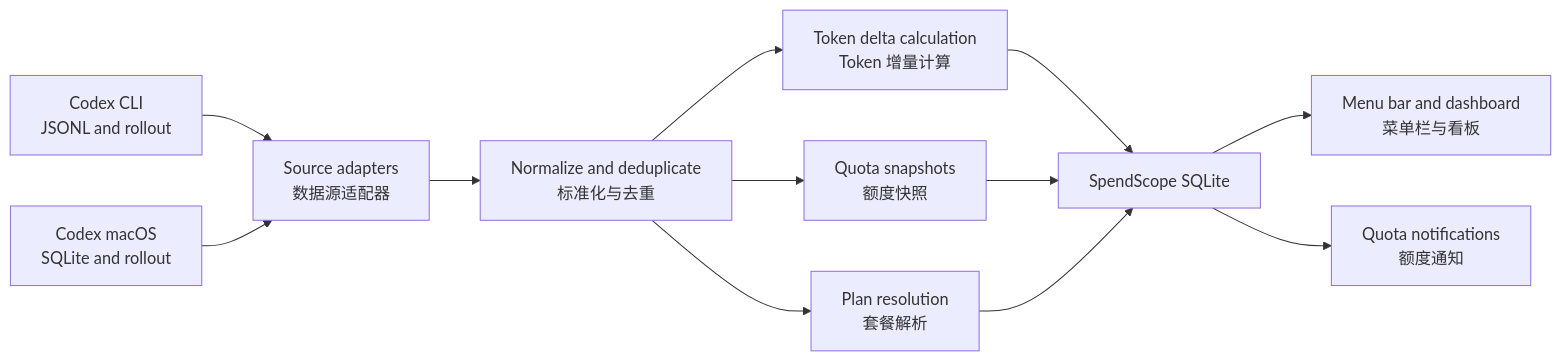
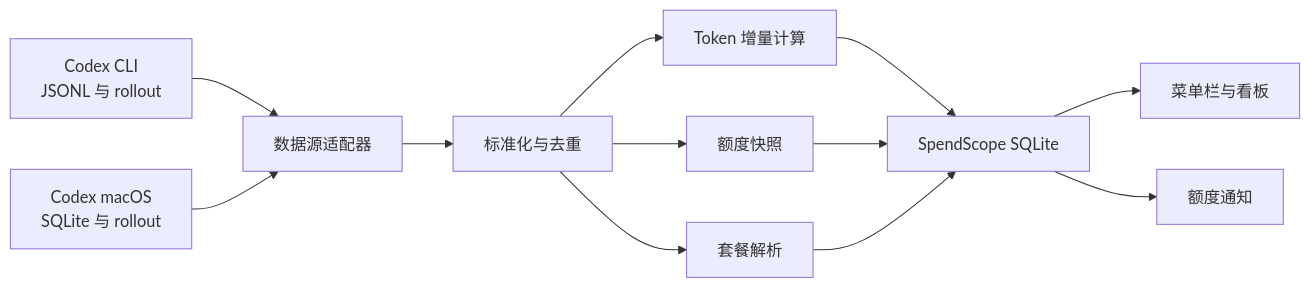
One commit to ychp/SpendScope changed the diagram in docs/superpowers/specs/2026-07-10-spendscope-mvp-design.md. Above: the diagram before and after it, drawn with Mermaid. The commit also changed other lines of this file, not shown here.

````diff
--- a/docs/superpowers/specs/2026-07-10-spendscope-mvp-design.md
+++ b/docs/superpowers/specs/2026-07-10-spendscope-mvp-design.md
@@ -168,14 +103,14 @@
 ```mermaid
 flowchart LR
-    A["Codex CLI<br/>JSONL and rollout"] --> C["Source adapters<br/>数据源适配器"]
-    B["Codex macOS<br/>SQLite and rollout"] --> C
-    C --> D["Normalize and deduplicate<br/>标准化与去重"]
-    D --> E["Token delta calculation<br/>Token 增量计算"]
-    D --> F["Quota snapshots<br/>额度快照"]
-    D --> P["Plan resolution<br/>套餐解析"]
+    A["Codex CLI<br/>JSONL 与 rollout"] --> C["数据源适配器"]
+    B["Codex macOS<br/>SQLite 与 rollout"] --> C
+    C --> D["标准化与去重"]
+    D --> E["Token 增量计算"]
+    D --> F["额度快照"]
+    D --> P["套餐解析"]
     E --> G["SpendScope SQLite"]
     F --> G
     P --> G
-    G --> H["Menu bar and dashboard<br/>菜单栏与看板"]
-    G --> I["Quota notifications<br/>额度通知"]
+    G --> H["菜单栏与看板"]
+    G --> I["额度通知"]
 ```
````
